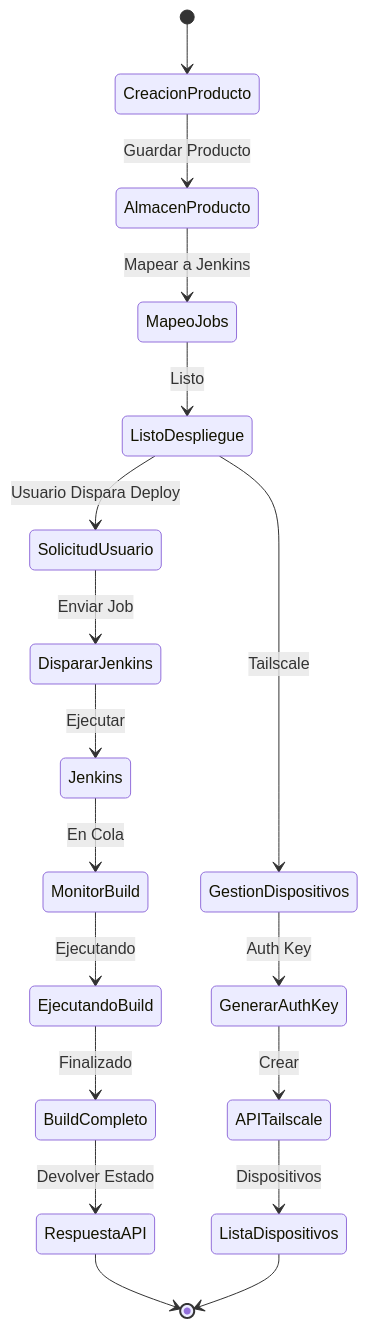
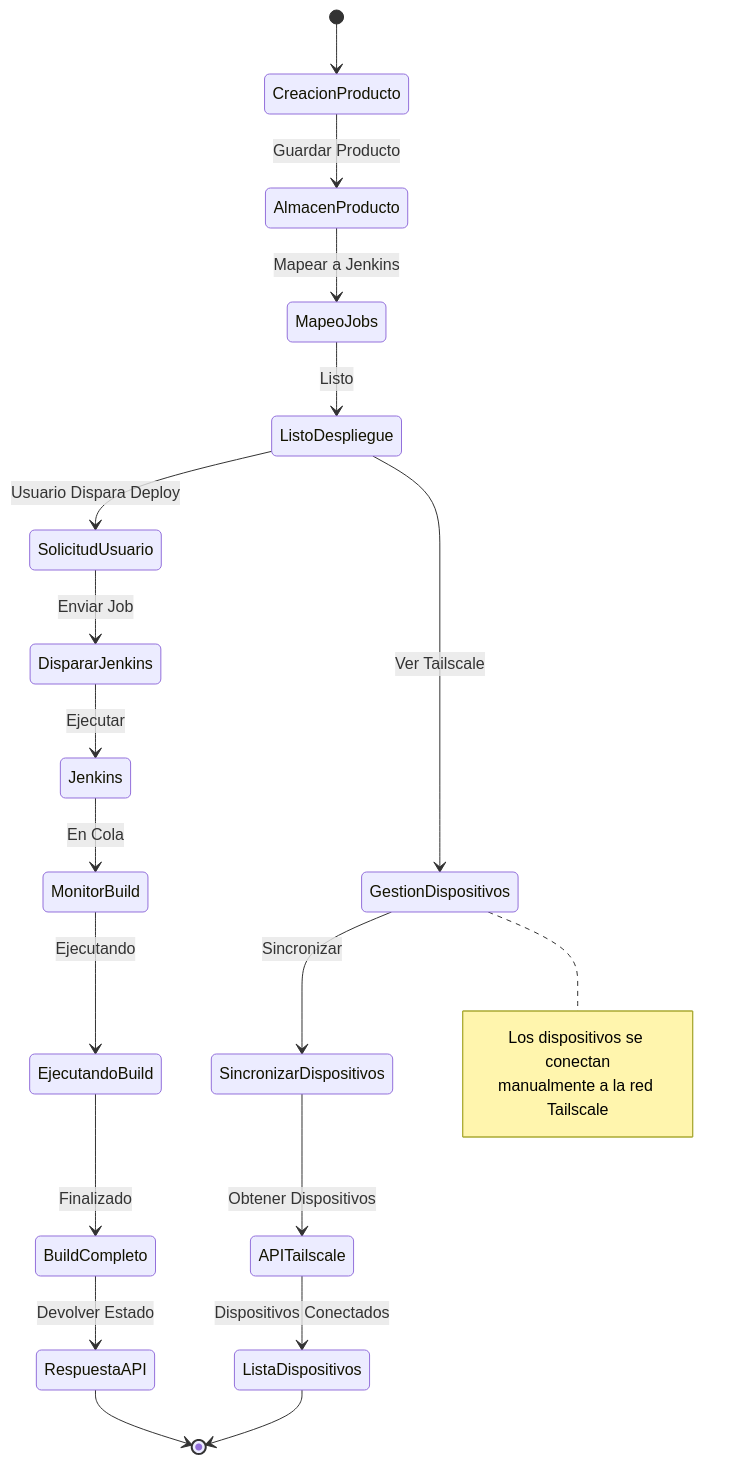
Before and after one commit to raztreuzz/ARK_DEPLOY: the diagram in README.md, drawn with Mermaid. The commit also changed other lines of this file, not shown here.

Commit message:
docs: cambiar auth-key a conexion manual tailscale

````diff
--- a/README.md
+++ b/README.md
@@ -176,22 +176,27 @@
 ```mermaid
 stateDiagram-v2
     [*] --> CreacionProducto
     CreacionProducto --> AlmacenProducto: Guardar Producto
     AlmacenProducto --> MapeoJobs: Mapear a Jenkins
     MapeoJobs --> ListoDespliegue: Listo
     
     ListoDespliegue --> SolicitudUsuario: Usuario Dispara Deploy
     SolicitudUsuario --> DispararJenkins: Enviar Job
     DispararJenkins --> Jenkins: Ejecutar
     Jenkins --> MonitorBuild: En Cola
     MonitorBuild --> EjecutandoBuild: Ejecutando
     EjecutandoBuild --> BuildCompleto: Finalizado
     BuildCompleto --> RespuestaAPI: Devolver Estado
     RespuestaAPI --> [*]
     
-    ListoDespliegue --> GestionDispositivos: Tailscale
-    GestionDispositivos --> GenerarAuthKey: Auth Key
-    GenerarAuthKey --> APITailscale: Crear
-    APITailscale --> ListaDispositivos: Dispositivos
+    ListoDespliegue --> GestionDispositivos: Ver Tailscale
+    GestionDispositivos --> SincronizarDispositivos: Sincronizar
+    SincronizarDispositivos --> APITailscale: Obtener Dispositivos
+    APITailscale --> ListaDispositivos: Dispositivos Conectados
     ListaDispositivos --> [*]
+    
+    note right of GestionDispositivos
+        Los dispositivos se conectan
+        manualmente a la red Tailscale
+    end note
 ```
````
